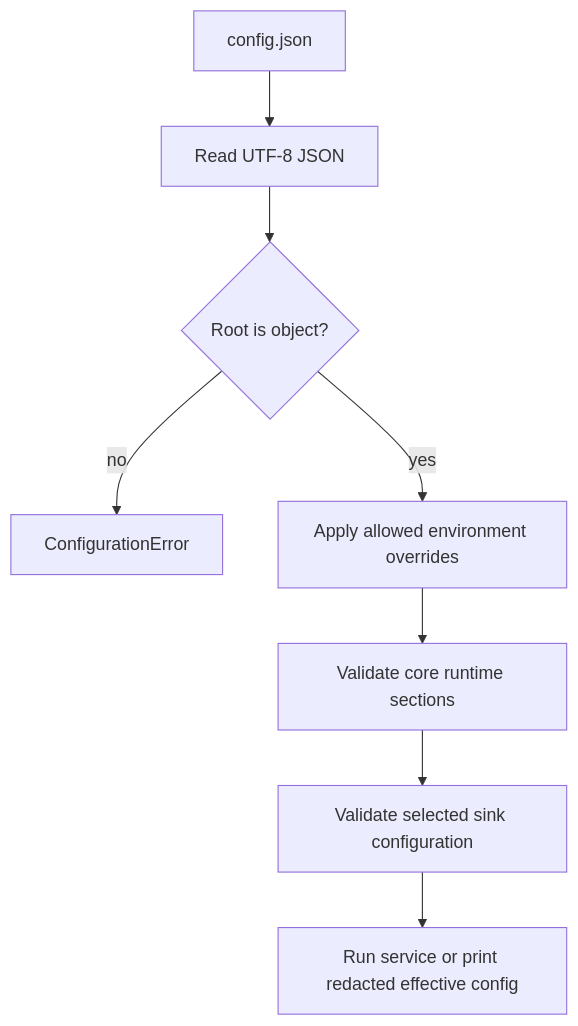
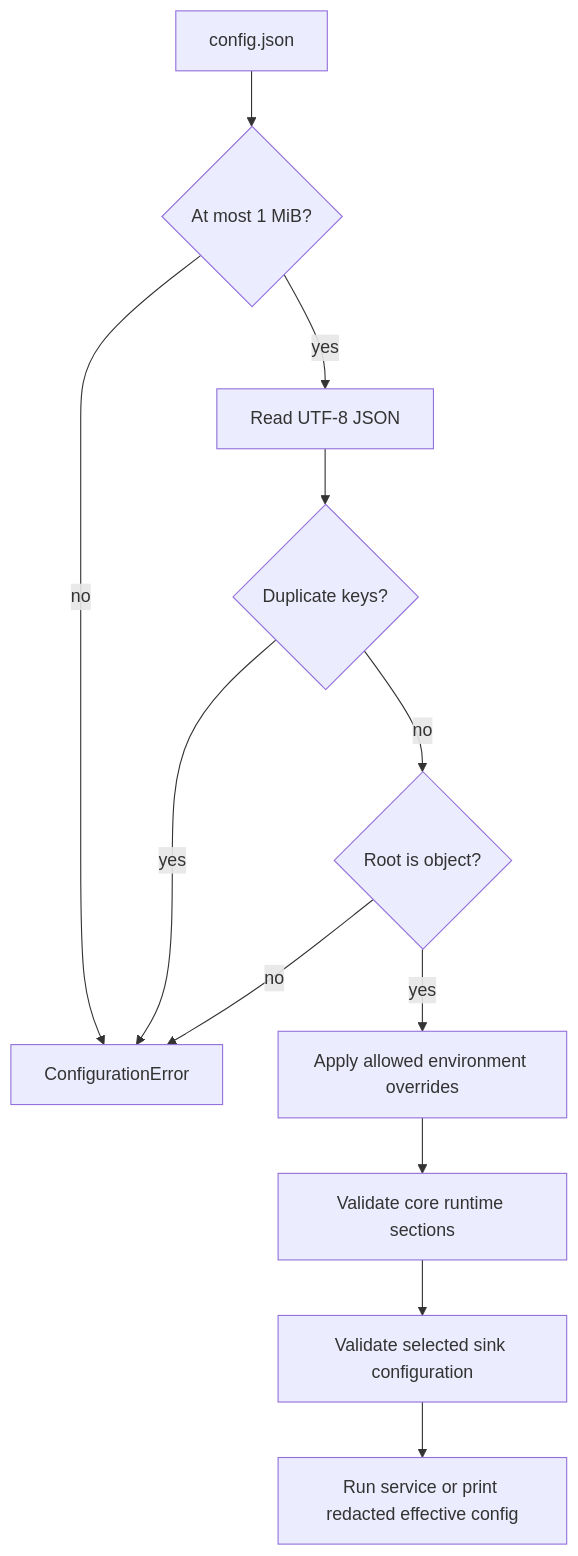
The first of 5 diagrams in docs/configuration.md (ProjectCuillin/nats-sinks), drawn with Mermaid before and after one commit. The commit also changed other lines of this file and 345 other files, not shown here.

````diff
--- a/docs/configuration.md
+++ b/docs/configuration.md
@@ -149,10 +167,14 @@
 ```mermaid
 flowchart TD
-    JSON[config.json] --> Load[Read UTF-8 JSON]
-    Load --> Root{Root is object?}
+    JSON[config.json] --> Size{At most 1 MiB?}
+    Size -->|no| Error[ConfigurationError]
+    Size -->|yes| Load[Read UTF-8 JSON]
+    Load --> Dupes{Duplicate keys?}
+    Dupes -->|yes| Error
+    Dupes -->|no| Root{Root is object?}
     Root -->|no| Error[ConfigurationError]
     Root -->|yes| Env[Apply allowed environment overrides]
     Env --> Core[Validate core runtime sections]
     Core --> Sink[Validate selected sink configuration]
     Sink --> Run[Run service or print redacted effective config]
 ```
````
